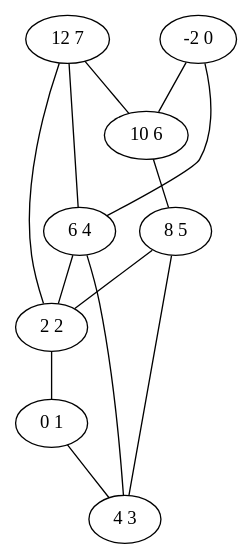
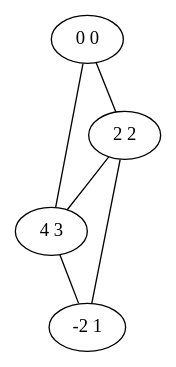
Before and after one commit to Xel4ek/lem_in: the diagram in 2.gv, drawn with Graphviz. The commit also changed 108 other files, not shown here.

```diff
--- a/2.gv
+++ b/2.gv
@@ -1,22 +1,11 @@
 graph 3 {
-	"8 5";
-	"10 6";
-	"12 7";
-	"-2 0";
-	"0 1";
+	"4 3";
+	"-2 1";
+	"0 0";
 	"2 2";
-	"4 3";
-	"6 4";
-	"4 3" -- "8 5";
-	"10 6" -- "8 5";
-	"-2 0" -- "10 6";
-	"12 7" -- "10 6";
-	"2 2" -- "0 1";
-	"8 5" -- "2 2";
-	"6 4" -- "2 2";
-	"12 7" -- "2 2";
-	"0 1" -- "4 3";
-	"6 4" -- "4 3";
-	"-2 0" -- "6 4";
-	"12 7" -- "6 4";
+	"0 0" -- "4 3";
+	"2 2" -- "4 3";
+	"2 2" -- "-2 1";
+	"4 3" -- "-2 1";
+	"0 0" -- "2 2";
 	}
```
